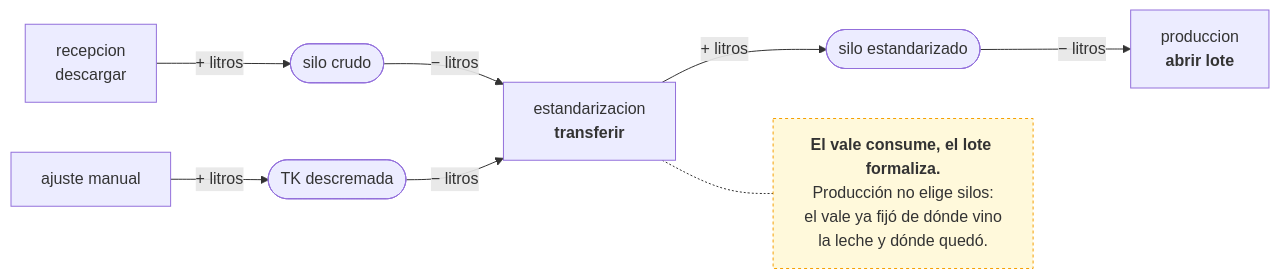
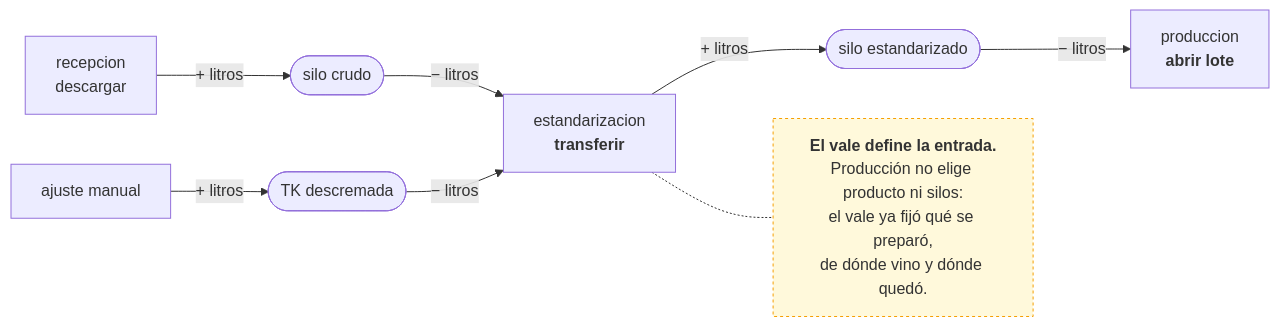
Before and after one commit to FelipeCCAA/CCAA: the second of 5 diagrams in docs/FLUJO_DEL_SISTEMA.md, drawn with Mermaid. The commit also changed other lines of this file and 28 other files, not shown here.

````diff
--- a/docs/FLUJO_DEL_SISTEMA.md
+++ b/docs/FLUJO_DEL_SISTEMA.md
@@ -98,17 +98,17 @@
 ```mermaid
 flowchart LR
     REC["recepcion<br/>descargar"] -->|"+ litros"| L1(["silo crudo"])
     AJU["ajuste manual"] -->|"+ litros"| TK(["TK descremada"])
 
     L1 -->|"− litros"| VALE["estandarizacion<br/><b>transferir</b>"]
     TK -->|"− litros"| VALE
     VALE -->|"+ litros"| L2(["silo estandarizado"])
     L2 -->|"− litros"| LOTE["produccion<br/><b>abrir lote</b>"]
 
-    NOTA["<b>El vale consume, el lote formaliza.</b><br/>Producción no elige silos:<br/>el vale ya fijó de dónde vino<br/>la leche y dónde quedó."]
+    NOTA["<b>El vale define la entrada.</b><br/>Producción no elige producto ni silos:<br/>el vale ya fijó qué se preparó,<br/>de dónde vino y dónde quedó."]
 
     VALE -.- NOTA
 
     classDef nota fill:#fff9db,stroke:#f59f00,stroke-dasharray:3 3
     class NOTA nota
 ```
````
